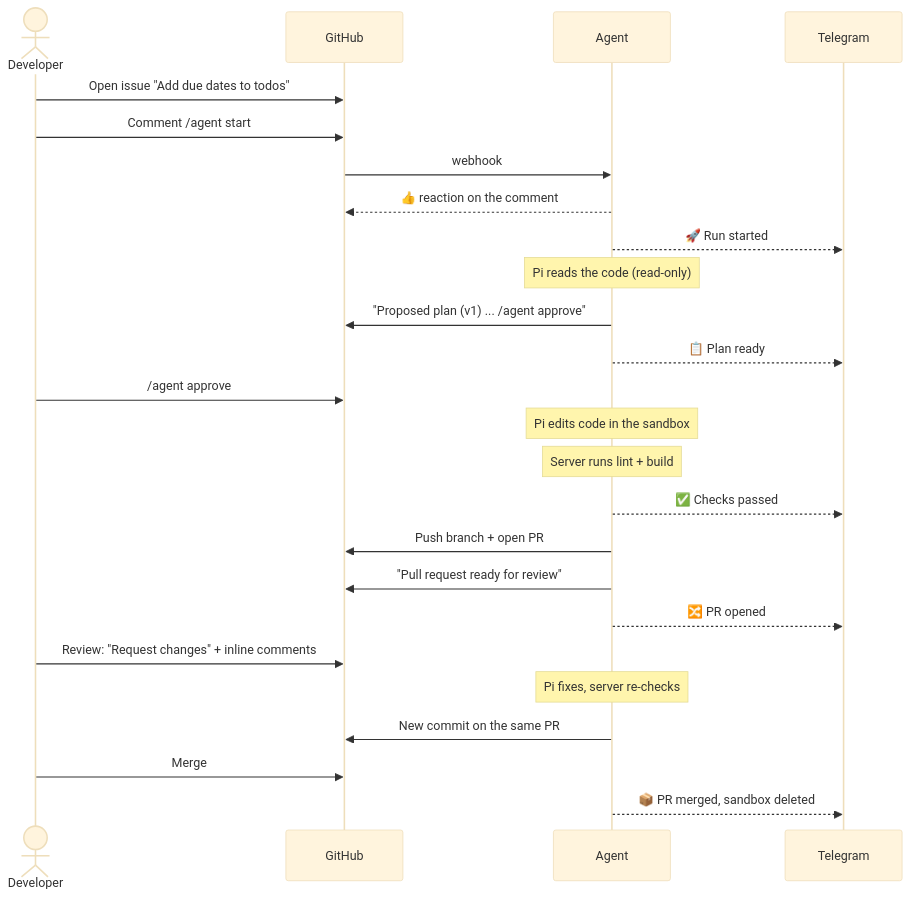
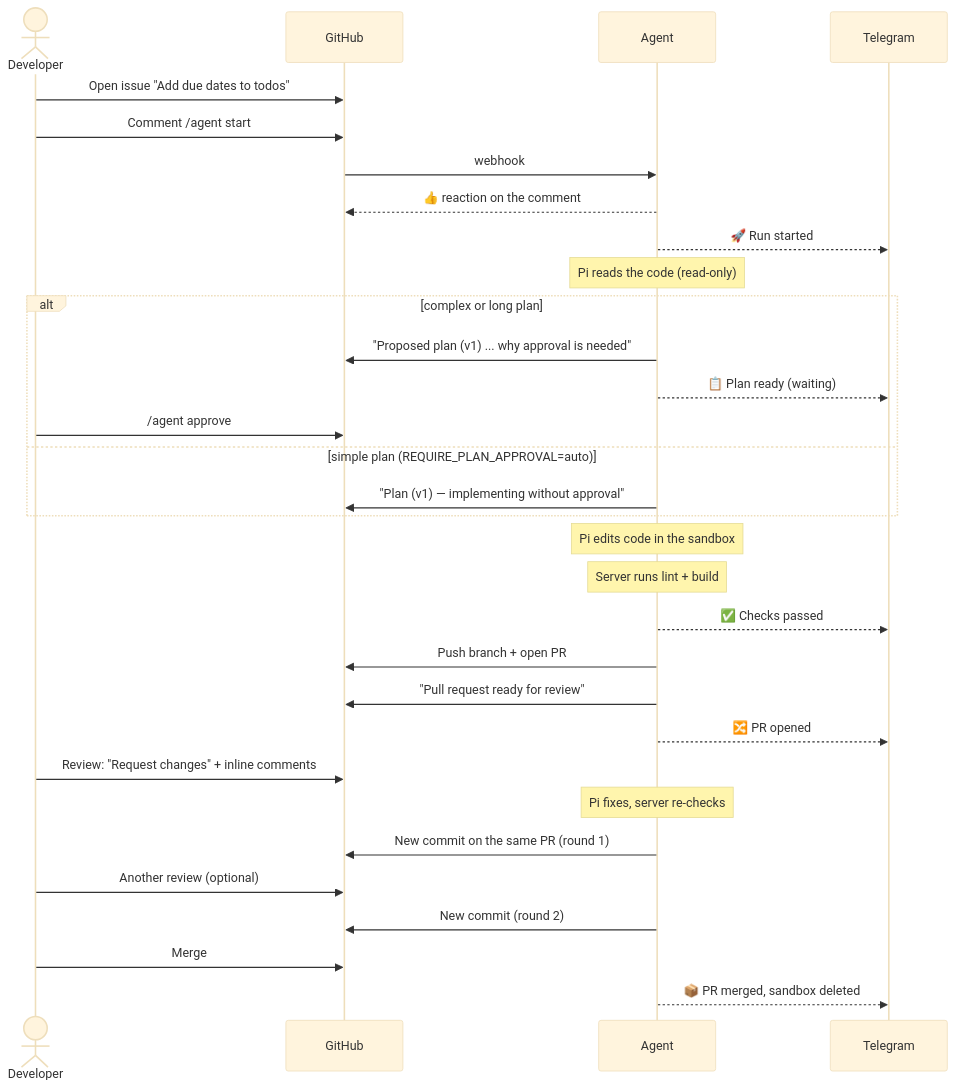
One commit to NetanelRotem/agent-demo-taskboard changed the first of 2 diagrams in docs/02-user-journey.md. Above: the diagram before and after it, drawn with Mermaid (base theme). The commit also changed other lines of this file and 28 other files, not shown here.

First line of the commit message:
Add live dashboard, review rounds, and complexity-based plan approval

````diff
--- a/docs/02-user-journey.md
+++ b/docs/02-user-journey.md
@@ -7,28 +7,34 @@
 ```mermaid
 sequenceDiagram
     actor U as Developer
     participant GH as GitHub
     participant AG as Agent
     participant TG as Telegram
 
     U->>GH: Open issue "Add due dates to todos"
     U->>GH: Comment /agent start
     GH->>AG: webhook
     AG-->>GH: 👍 reaction on the comment
     AG-->>TG: 🚀 Run started
     Note over AG: Pi reads the code (read-only)
-    AG->>GH: "Proposed plan (v1) ... /agent approve"
-    AG-->>TG: 📋 Plan ready
-    U->>GH: /agent approve
+    alt complex or long plan
+        AG->>GH: "Proposed plan (v1) ... why approval is needed"
+        AG-->>TG: 📋 Plan ready (waiting)
+        U->>GH: /agent approve
+    else simple plan (REQUIRE_PLAN_APPROVAL=auto)
+        AG->>GH: "Plan (v1) — implementing without approval"
+    end
     Note over AG: Pi edits code in the sandbox
     Note over AG: Server runs lint + build
     AG-->>TG: ✅ Checks passed
     AG->>GH: Push branch + open PR
     AG->>GH: "Pull request ready for review"
     AG-->>TG: 🔀 PR opened
     U->>GH: Review: "Request changes" + inline comments
     Note over AG: Pi fixes, server re-checks
-    AG->>GH: New commit on the same PR
+    AG->>GH: New commit on the same PR (round 1)
+    U->>GH: Another review (optional)
+    AG->>GH: New commit (round 2)
     U->>GH: Merge
     AG-->>TG: 📦 PR merged, sandbox deleted
 ```
````
